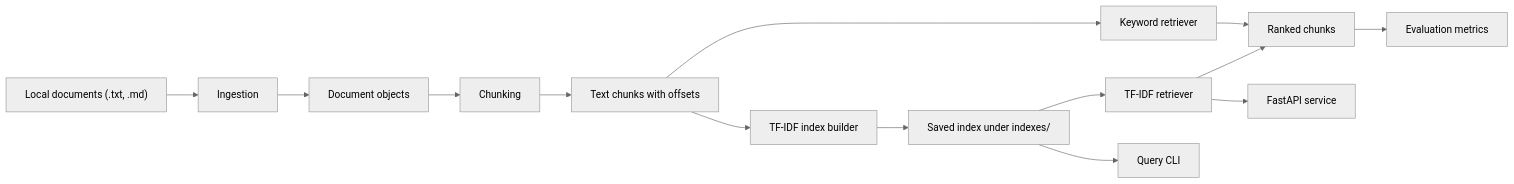
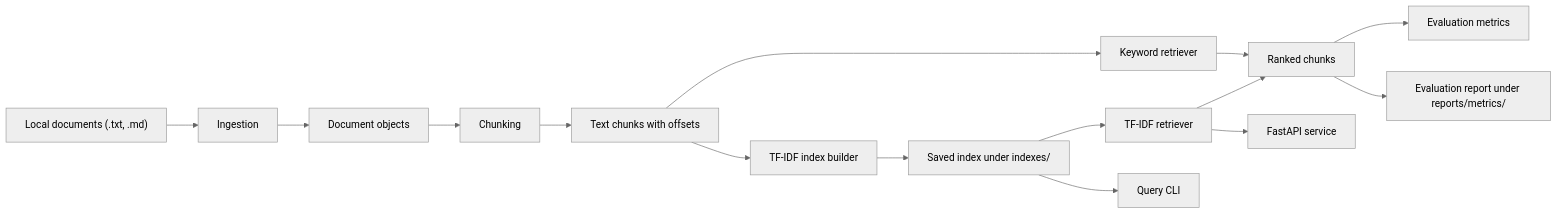
Before and after one commit to AmmarHafeez/document-intelligence-rag-platform: the diagram in docs/architecture.md, drawn with Mermaid (neutral theme). The commit also changed other lines of this file and 8 other files, not shown here.

````diff
--- a/docs/architecture.md
+++ b/docs/architecture.md
@@ -3,16 +3,17 @@
 ```mermaid
 flowchart LR
     A["Local documents (.txt, .md)"] --> B["Ingestion"]
     B --> C["Document objects"]
     C --> D["Chunking"]
     D --> E["Text chunks with offsets"]
     E --> F["Keyword retriever"]
     E --> G["TF-IDF index builder"]
     G --> H["Saved index under indexes/"]
     H --> I["TF-IDF retriever"]
     F --> J["Ranked chunks"]
     I --> J
     J --> K["Evaluation metrics"]
+    J --> N["Evaluation report under reports/metrics/"]
     I --> L["FastAPI service"]
     H --> M["Query CLI"]
 ```
````
